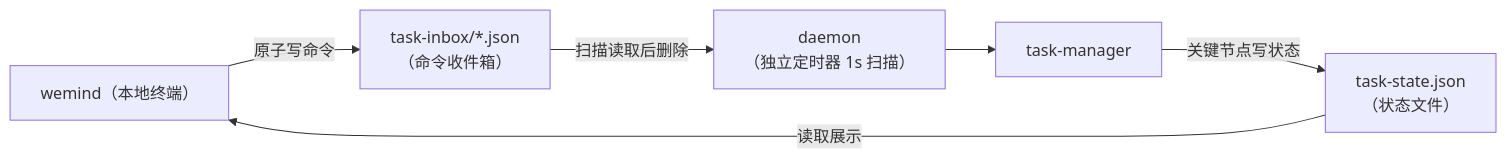
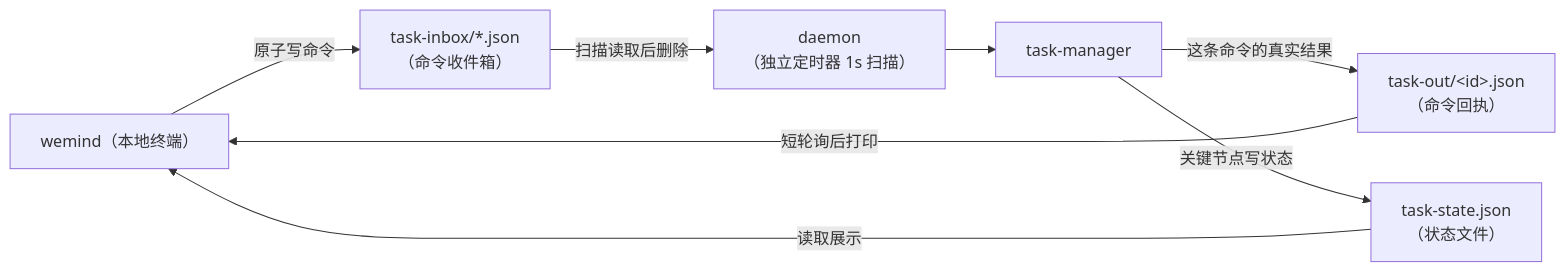
Before and after one commit to imwangpan/WeMind: the third of 4 diagrams in docs/repowiki/07-远程任务-Worker.md, drawn with Mermaid. The commit also changed other lines of this file and 15 other files, not shown here.

````diff
--- a/docs/repowiki/07-远程任务-Worker.md
+++ b/docs/repowiki/07-远程任务-Worker.md
@@ -198,14 +198,17 @@
 ```mermaid
 graph LR
     CLI["wemind（本地终端）"]
     INBOX["task-inbox/*.json<br/>（命令收件箱）"]
+    OUTBOX["task-out/&lt;id&gt;.json<br/>（命令回执）"]
     STATE["task-state.json<br/>（状态文件）"]
     DM["daemon<br/>（独立定时器 1s 扫描）"]
     TM["task-manager"]
 
     CLI -->|原子写命令| INBOX
     INBOX -->|扫描读取后删除| DM
     DM --> TM
+    TM -->|这条命令的真实结果| OUTBOX
+    OUTBOX -->|短轮询后打印| CLI
     TM -->|关键节点写状态| STATE
     STATE -->|读取展示| CLI
 ```
````
